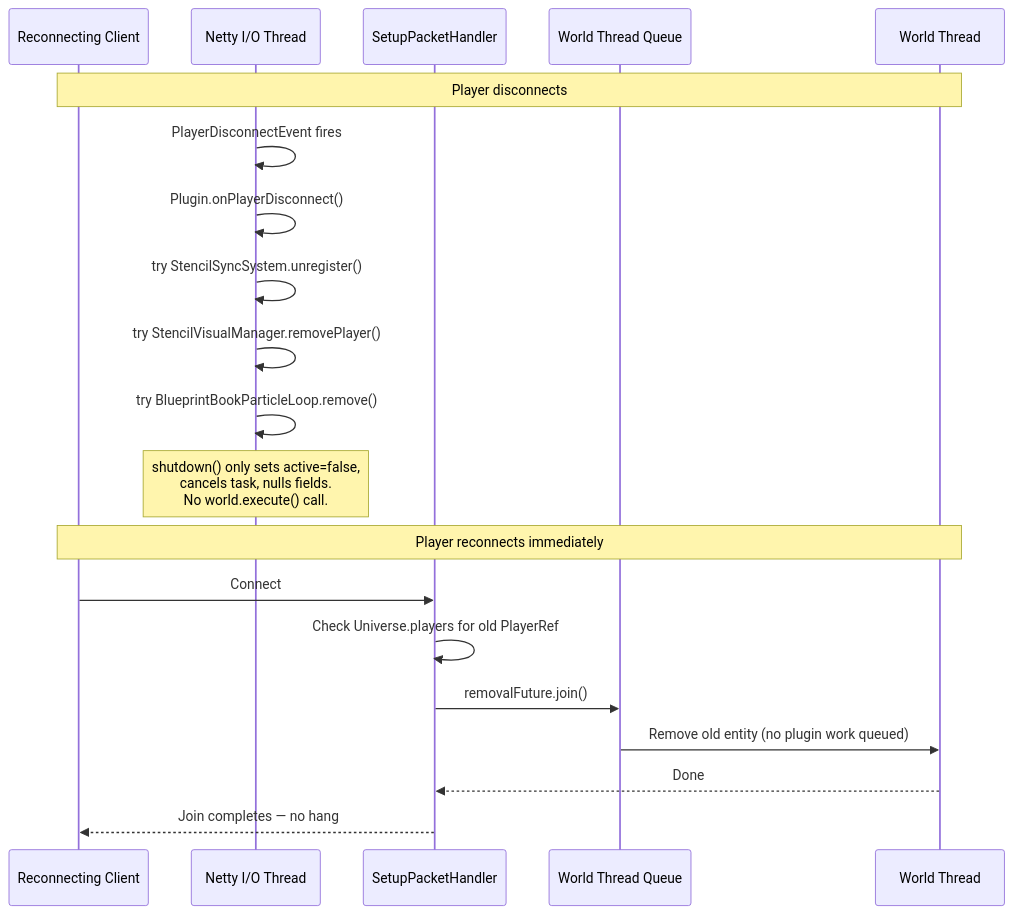
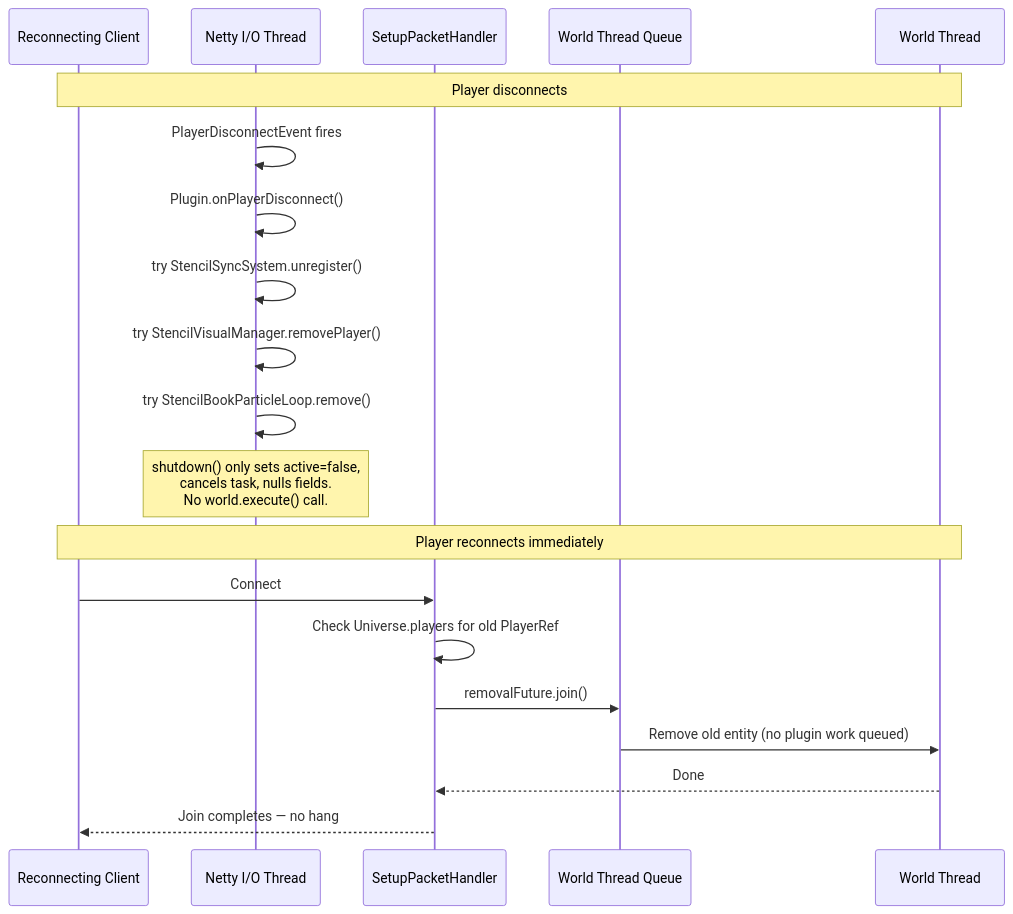
The second of 3 diagrams in docs/design-disconnect-race-fix.md (TheCodeCreature/Hytale-Example-Plugin), drawn with Mermaid before and after one commit. The commit also changed other lines of this file and 289 other files, not shown here.

````diff
--- a/docs/design-disconnect-race-fix.md
+++ b/docs/design-disconnect-race-fix.md
@@ -64,24 +64,24 @@
 ```mermaid
 sequenceDiagram
     participant Client as Reconnecting Client
     participant Netty as Netty I/O Thread
     participant Setup as SetupPacketHandler
     participant WorldQ as World Thread Queue
     participant World as World Thread
 
     Note over Client,World: Player disconnects
     Netty->>Netty: PlayerDisconnectEvent fires
     Netty->>Netty: Plugin.onPlayerDisconnect()
     Netty->>Netty: try StencilSyncSystem.unregister()
     Netty->>Netty: try StencilVisualManager.removePlayer()
-    Netty->>Netty: try BlueprintBookParticleLoop.remove()
+    Netty->>Netty: try StencilBookParticleLoop.remove()
     Note over Netty: shutdown() only sets active=false,<br/>cancels task, nulls fields.<br/>No world.execute() call.
 
     Note over Client,World: Player reconnects immediately
     Client->>Setup: Connect
     Setup->>Setup: Check Universe.players for old PlayerRef
     Setup->>WorldQ: removalFuture.join()
     WorldQ->>World: Remove old entity (no plugin work queued)
     World-->>Setup: Done
     Setup-->>Client: Join completes — no hang
 ```
````
